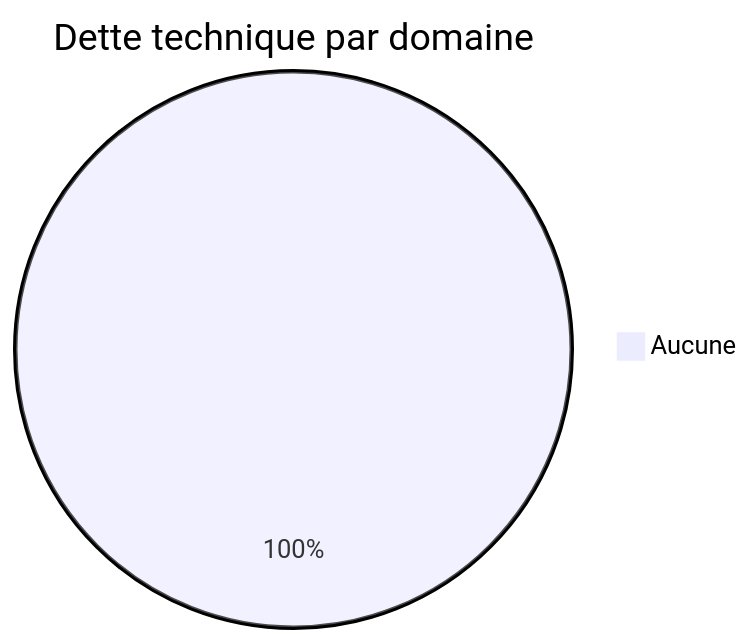
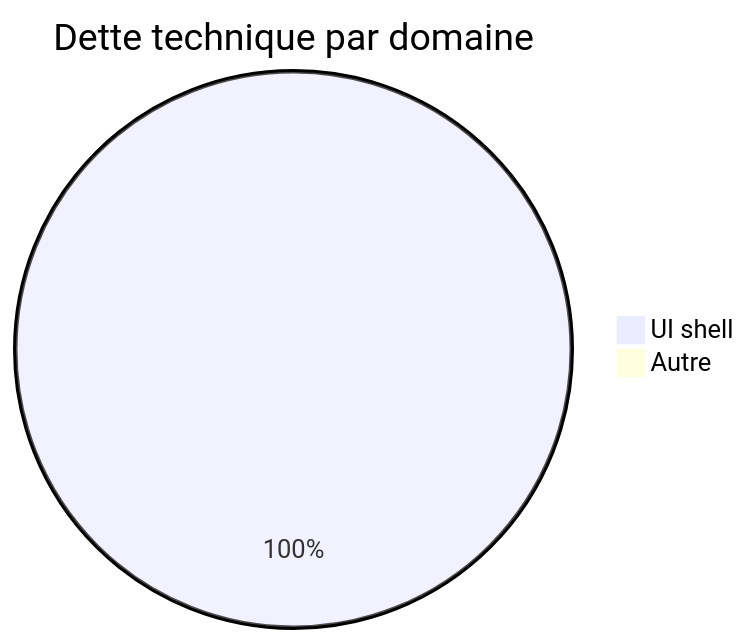
The first of 5 diagrams in docs/runtime/12_TECH_DEBT.md (JavaChrist/Tai-Chi-AI-Coach), drawn with Mermaid before and after one commit. The commit also changed other lines of this file and 16 other files, not shown here.

````diff
--- a/docs/runtime/12_TECH_DEBT.md
+++ b/docs/runtime/12_TECH_DEBT.md
@@ -52,4 +52,5 @@
 ```mermaid
 pie title Dette technique par domaine
-  "Aucune" : 1
+  "UI shell" : 1
+  "Autre" : 0
 ```
````
